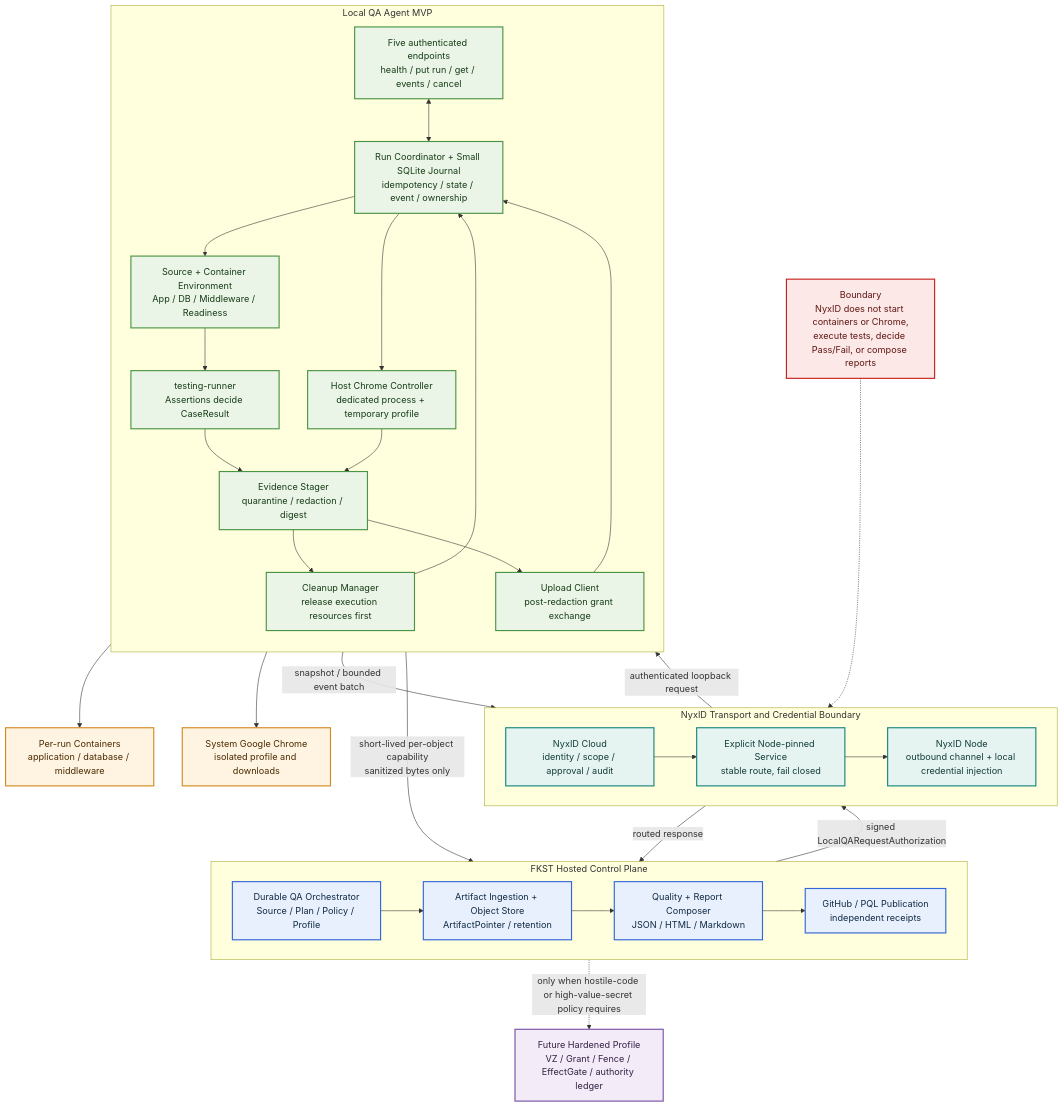
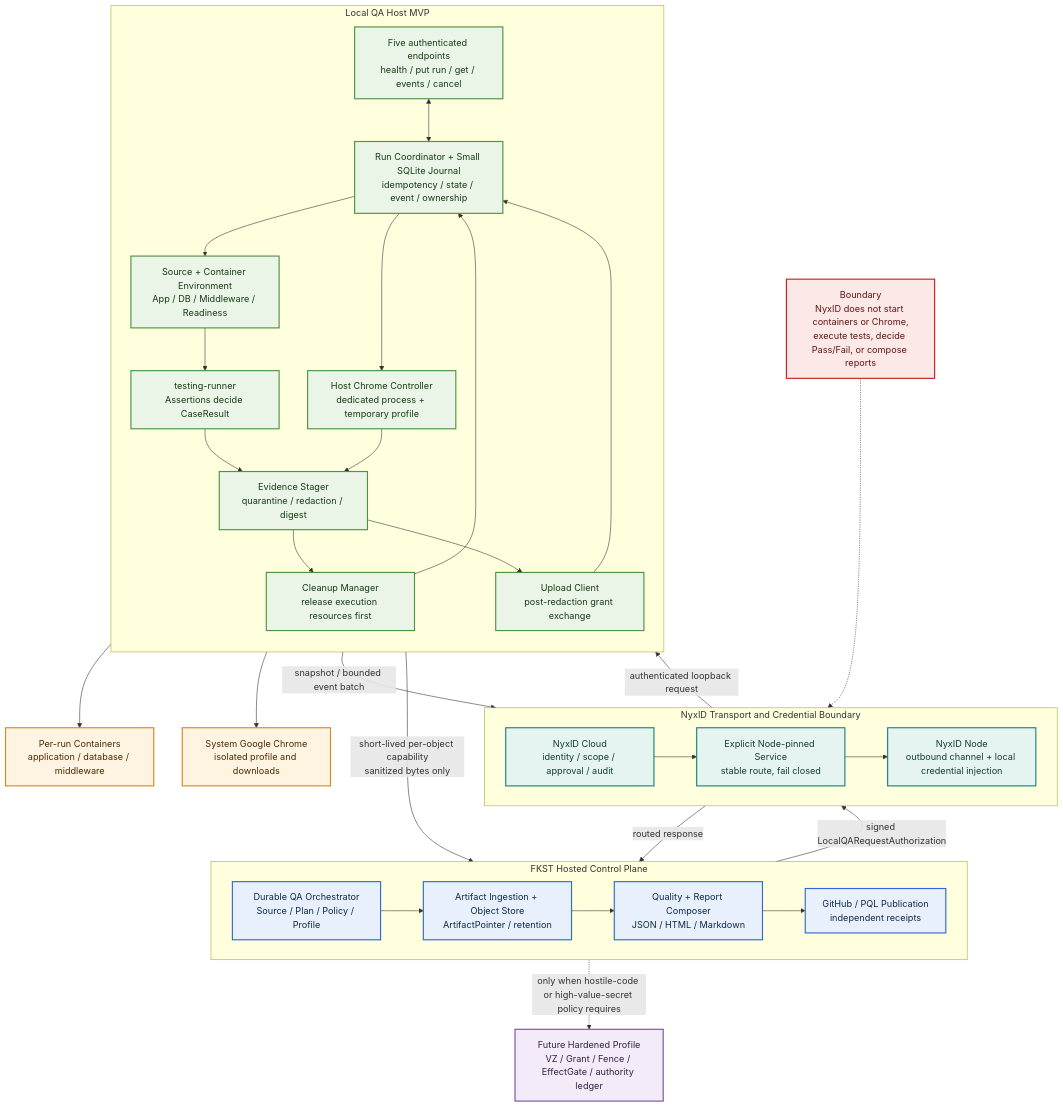
The diagram in fkst-host-nyxid-local-qa-flow.mmd (wanghuan-520/workflow-qa), drawn with Mermaid before and after one commit. The commit also changed 12 other files, not shown here.

Commit message:
docs: rename and restructure local qa host

```diff
--- a/fkst-host-nyxid-local-qa-flow.mmd
+++ b/fkst-host-nyxid-local-qa-flow.mmd
@@ -1,70 +1,70 @@
 flowchart TB
   subgraph HOSTED["FKST Hosted Control Plane"]
     direction LR
     ORCH["Durable QA Orchestrator<br/>Source / Plan / Policy / Profile"]
     STORE["Artifact Ingestion + Object Store<br/>ArtifactPointer / retention"]
     REPORT["Quality + Report Composer<br/>JSON / HTML / Markdown"]
     PUB["GitHub / PQL Publication<br/>independent receipts"]
     ORCH --> STORE --> REPORT --> PUB
   end
 
   subgraph NYXID["NyxID Transport and Credential Boundary"]
     direction LR
     CLOUD["NyxID Cloud<br/>identity / scope / approval / audit"]
     SERVICE["Explicit Node-pinned Service<br/>stable route, fail closed"]
     NODE["NyxID Node<br/>outbound channel + local credential injection"]
     CLOUD --> SERVICE --> NODE
   end
 
-  subgraph AGENT["Local QA Agent MVP"]
+  subgraph AGENT["Local QA Host MVP"]
     direction TB
     API["Five authenticated endpoints<br/>health / put run / get / events / cancel"]
     COORD["Run Coordinator + Small SQLite Journal<br/>idempotency / state / event / ownership"]
     ENV["Source + Container Environment<br/>App / DB / Middleware / Readiness"]
     EXEC["testing-runner<br/>Assertions decide CaseResult"]
     BROWSER["Host Chrome Controller<br/>dedicated process + temporary profile"]
     EVIDENCE["Evidence Stager<br/>quarantine / redaction / digest"]
     CLEAN["Cleanup Manager<br/>release execution resources first"]
     UPLOAD["Upload Client<br/>post-redaction grant exchange"]
     API <--> COORD
     COORD --> ENV --> EXEC
     COORD --> BROWSER
     EXEC --> EVIDENCE
     BROWSER --> EVIDENCE
     EVIDENCE --> CLEAN
     EVIDENCE --> UPLOAD
     CLEAN --> COORD
     UPLOAD --> COORD
   end
 
   CONTAINERS["Per-run Containers<br/>application / database / middleware"]
   CHROME["System Google Chrome<br/>isolated profile and downloads"]
 
   ORCH -->|"signed LocalQARequestAuthorization"| CLOUD
   NODE -->|"authenticated loopback request"| API
   API -->|"snapshot / bounded event batch"| NODE
   CLOUD -->|"routed response"| ORCH
 
   ENV --> CONTAINERS
   BROWSER --> CHROME
   UPLOAD -->|"short-lived per-object capability<br/>sanitized bytes only"| STORE
 
   FUTURE["Future Hardened Profile<br/>VZ / Grant / Fence / EffectGate / authority ledger"]
   ORCH -.->|"only when hostile-code or high-value-secret policy requires"| FUTURE
 
   NOTE["Boundary<br/>NyxID does not start containers or Chrome,<br/>execute tests, decide Pass/Fail, or compose reports"]
   NOTE -.-> NYXID
 
   classDef hosted fill:#E8F0FE,stroke:#3367D6,color:#102A43,stroke-width:2px;
   classDef nyxid fill:#E6F4F1,stroke:#17857E,color:#123C39,stroke-width:2px;
   classDef agent fill:#EAF5E7,stroke:#4C9445,color:#173C16,stroke-width:2px;
   classDef resource fill:#FFF4E2,stroke:#D58A20,color:#4A2A00,stroke-width:2px;
   classDef future fill:#F3ECF8,stroke:#7852A4,color:#332044,stroke-width:2px;
   classDef boundary fill:#FCE8E6,stroke:#C5221F,color:#5F1613,stroke-width:2px;
 
   class ORCH,STORE,REPORT,PUB hosted;
   class CLOUD,SERVICE,NODE nyxid;
   class API,COORD,ENV,EXEC,BROWSER,EVIDENCE,CLEAN,UPLOAD agent;
   class CONTAINERS,CHROME resource;
   class FUTURE future;
   class NOTE boundary;
```
